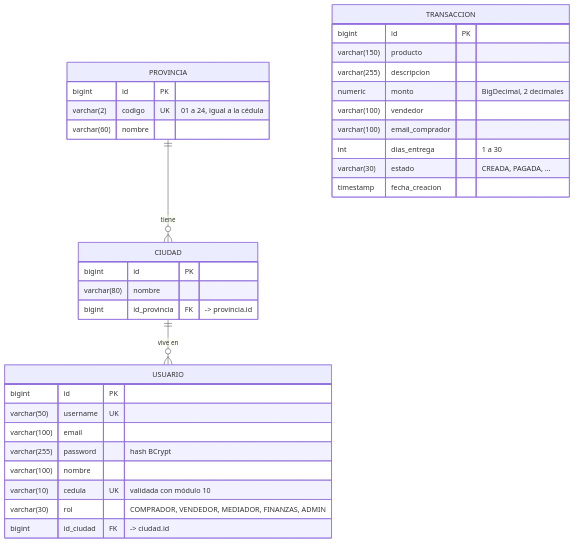
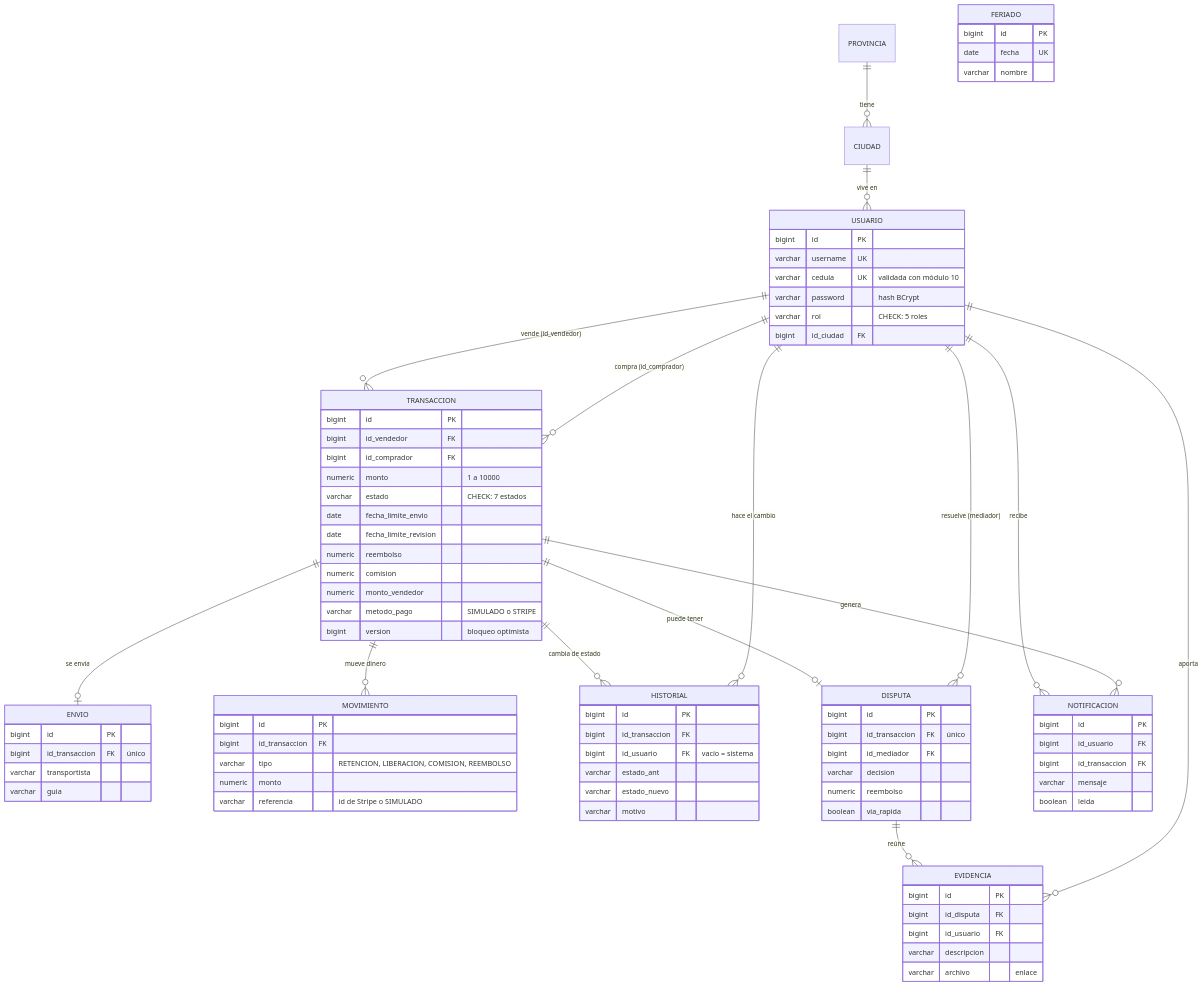
The diagram in docs/BASE_DE_DATOS.md (EstefanoL26/tratoseguro-ec), drawn with Mermaid before and after one commit. The commit also changed other lines of this file and 3 other files, not shown here.

````diff
--- a/docs/BASE_DE_DATOS.md
+++ b/docs/BASE_DE_DATOS.md
@@ -9,36 +10,87 @@
 erDiagram
     PROVINCIA ||--o{ CIUDAD : "tiene"
     CIUDAD ||--o{ USUARIO : "vive en"
+    USUARIO ||--o{ TRANSACCION : "vende (id_vendedor)"
+    USUARIO ||--o{ TRANSACCION : "compra (id_comprador)"
+    TRANSACCION ||--o| ENVIO : "se envía"
+    TRANSACCION ||--o{ MOVIMIENTO : "mueve dinero"
+    TRANSACCION ||--o{ HISTORIAL : "cambia de estado"
+    TRANSACCION ||--o| DISPUTA : "puede tener"
+    DISPUTA ||--o{ EVIDENCIA : "reúne"
+    USUARIO ||--o{ EVIDENCIA : "aporta"
+    USUARIO ||--o{ DISPUTA : "resuelve (mediador)"
+    USUARIO ||--o{ HISTORIAL : "hace el cambio"
+    USUARIO ||--o{ NOTIFICACION : "recibe"
+    TRANSACCION ||--o{ NOTIFICACION : "genera"
 
-    PROVINCIA {
-        bigint id PK
-        varchar(2) codigo UK "01 a 24, igual a la cédula"
-        varchar(60) nombre
-    }
-    CIUDAD {
-        bigint id PK
-        varchar(80) nombre
-        bigint id_provincia FK "-> provincia.id"
-    }
     USUARIO {
         bigint id PK
-        varchar(50) username UK
-        varchar(100) email
-        varchar(255) password "hash BCrypt"
-        varchar(100) nombre
-        varchar(10) cedula UK "validada con módulo 10"
-        varchar(30) rol "COMPRADOR, VENDEDOR, MEDIADOR, FINANZAS, ADMIN"
-        bigint id_ciudad FK "-> ciudad.id"
+        varchar username UK
+        varchar cedula UK "validada con módulo 10"
+        varchar password "hash BCrypt"
+        varchar rol "CHECK: 5 roles"
+        bigint id_ciudad FK
     }
     TRANSACCION {
         bigint id PK
-        varchar(150) producto
-        varchar(255) descripcion
-        numeric monto "BigDecimal, 2 decimales"
-        varchar(100) vendedor
-        varchar(100) email_comprador
-        int dias_entrega "1 a 30"
-        varchar(30) estado "CREADA, PAGADA, ..."
-        timestamp fecha_creacion
+        bigint id_vendedor FK
+        bigint id_comprador FK
+        numeric monto "1 a 10000"
+        varchar estado "CHECK: 7 estados"
+        date fecha_limite_envio
+        date fecha_limite_revision
+        numeric reembolso
+        numeric comision
+        numeric monto_vendedor
+        varchar metodo_pago "SIMULADO o STRIPE"
+        bigint version "bloqueo optimista"
+    }
+    MOVIMIENTO {
+        bigint id PK
+        bigint id_transaccion FK
+        varchar tipo "RETENCION, LIBERACION, COMISION, REEMBOLSO"
+        numeric monto
+        varchar referencia "id de Stripe o SIMULADO"
+    }
+    HISTORIAL {
+        bigint id PK
+        bigint id_transaccion FK
+        bigint id_usuario FK "vacío = sistema"
+        varchar estado_ant
+        varchar estado_nuevo
+        varchar motivo
+    }
+    DISPUTA {
+        bigint id PK
+        bigint id_transaccion FK "único"
+        bigint id_mediador FK
+        varchar decision
+        numeric reembolso
+        boolean via_rapida
+    }
+    EVIDENCIA {
+        bigint id PK
+        bigint id_disputa FK
+        bigint id_usuario FK
+        varchar descripcion
+        varchar archivo "enlace"
+    }
+    ENVIO {
+        bigint id PK
+        bigint id_transaccion FK "único"
+        varchar transportista
+        varchar guia
+    }
+    NOTIFICACION {
+        bigint id PK
+        bigint id_usuario FK
+        bigint id_transaccion FK
+        varchar mensaje
+        boolean leida
+    }
+    FERIADO {
+        bigint id PK
+        date fecha UK
+        varchar nombre
     }
 ```
````
